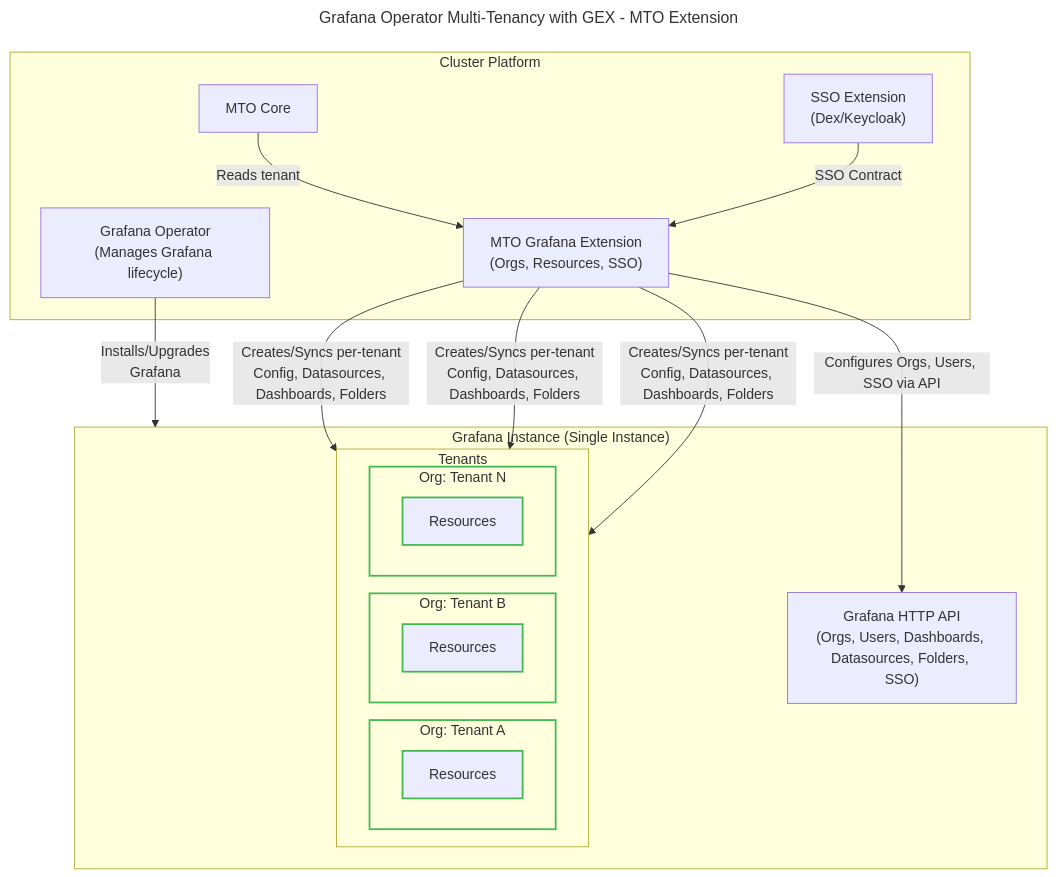
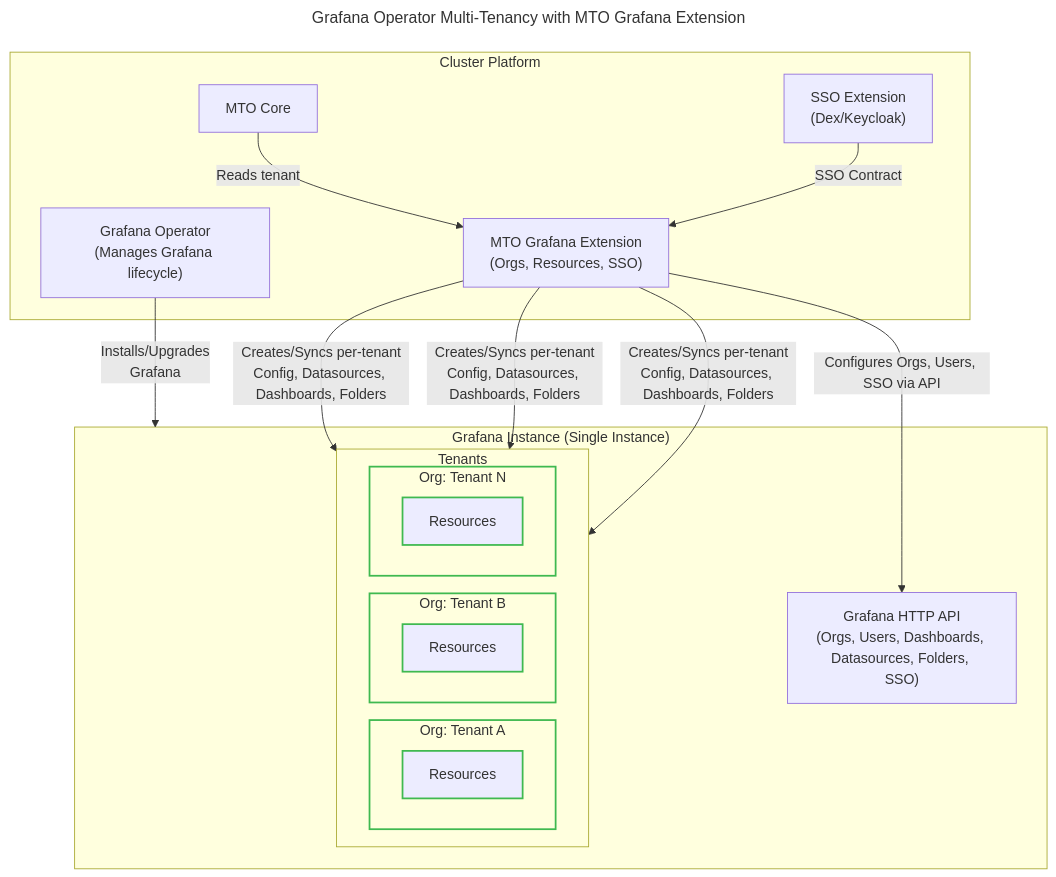
The first of 3 diagrams in content/integrations/grafana/readme.md (stakater/mto-docs), drawn with Mermaid before and after one commit. The commit also changed other lines of this file, not shown here.

````diff
--- a/content/integrations/grafana/readme.md
+++ b/content/integrations/grafana/readme.md
@@ -29,47 +29,47 @@
 ```mermaid
 ---
 config:
   layout: dagre
-title: Grafana Operator Multi-Tenancy with GEX - MTO Extension
+title: Grafana Operator Multi-Tenancy with MTO Grafana Extension
 ---
 flowchart TD
   subgraph ClusterPlatform["Cluster Platform"]
     MTO["MTO Core"]
     SSO["SSO Extension<br>(Dex/Keycloak)"]
     GRO["Grafana Operator<br>(Manages Grafana lifecycle)"]
     GEX["MTO Grafana Extension<br>(Orgs, Resources, SSO)"]
   end
 
   subgraph GRAFANA["Grafana Instance (Single Instance)"]
     subgraph T1["Org: Tenant A"]
         ResA["Resources"]
     end
     subgraph T2["Org: Tenant B"]
         ResB["Resources"]
     end
     subgraph Tn["Org: Tenant N"]
         ResN["Resources"]
     end
     subgraph Tenants["Tenants"]
       direction LR
           T1
           T2
           Tn
     end
     API["Grafana HTTP API<br>(Orgs, Users, Dashboards, Datasources, Folders, SSO)"]
   end
 
   SSO -- SSO Contract --> GEX
   MTO -- Reads tenant --> GEX
   GRO -- Installs/Upgrades<br>Grafana --> GRAFANA
   GEX -- "Creates/Syncs per-tenant<br>Config, Datasources, Dashboards, Folders" --> ResA & ResB & ResN
   GEX -- Configures Orgs, Users, SSO via API --> API
 
   T1:::isolation
   T2:::isolation
   Tn:::isolation
   ResA:::isolation
   ResB:::isolation
   ResN:::isolation
   classDef isolation color:#333333fill:#f6ffe7,stroke:#3FB950,stroke-width:2px
 ```
````
